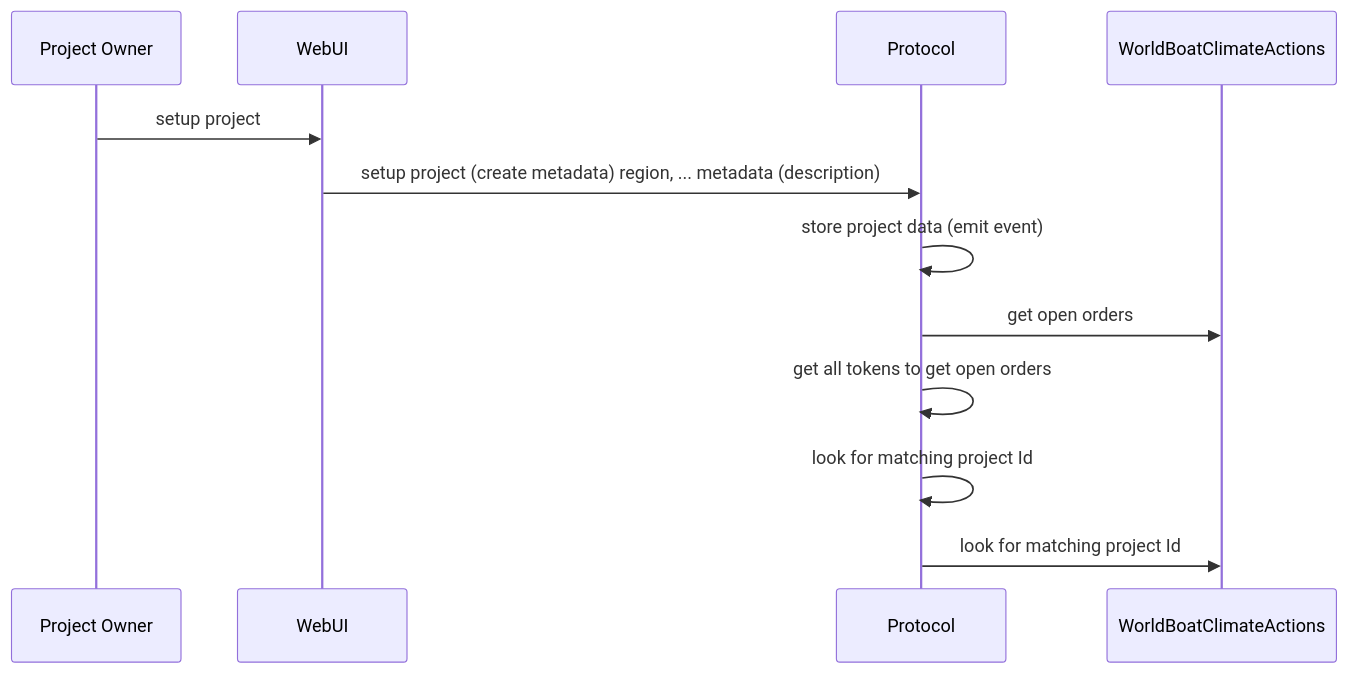
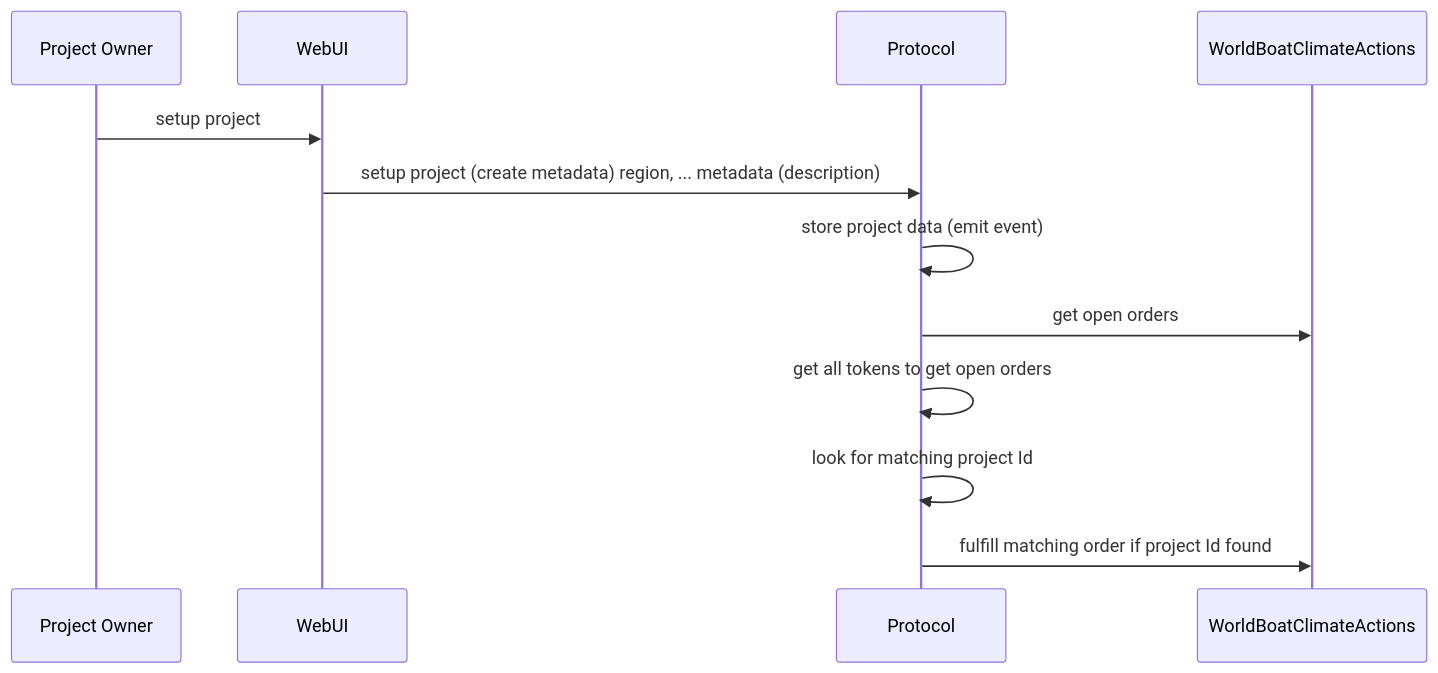
The second of 2 diagrams in packages/hardhat/README.md (EcoAccountable/ecoaccountable-contracts), drawn with Mermaid before and after one commit. The commit also changed other lines of this file and 4 other files, not shown here.

````diff
--- a/packages/hardhat/README.md
+++ b/packages/hardhat/README.md
@@ -23,15 +23,15 @@
 ```mermaid
 sequenceDiagram
     participant ProjectOwner as Project Owner
     participant WebUI
     participant Protocol
 
     ProjectOwner ->> WebUI: setup project
     WebUI ->> Protocol: setup project (create metadata) region, ... metadata (description)
     Protocol ->> Protocol: store project data (emit event)
     Protocol ->> WorldBoatClimateActions: get open orders
     Protocol ->> Protocol: get all tokens to get open orders
     Protocol ->> Protocol: look for matching project Id
-    Protocol ->> WorldBoatClimateActions: look for matching project Id
+    Protocol ->> WorldBoatClimateActions: fulfill matching order if project Id found 
 
 ```
````
